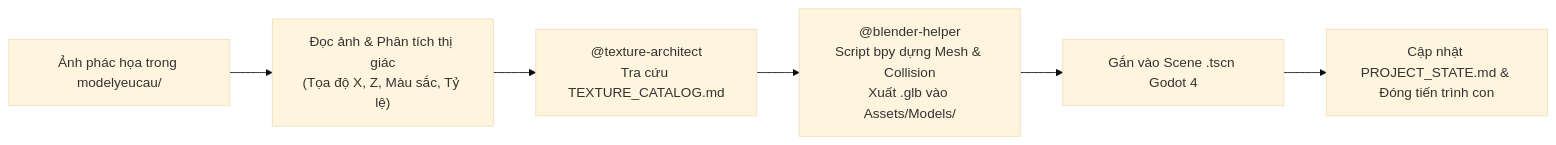
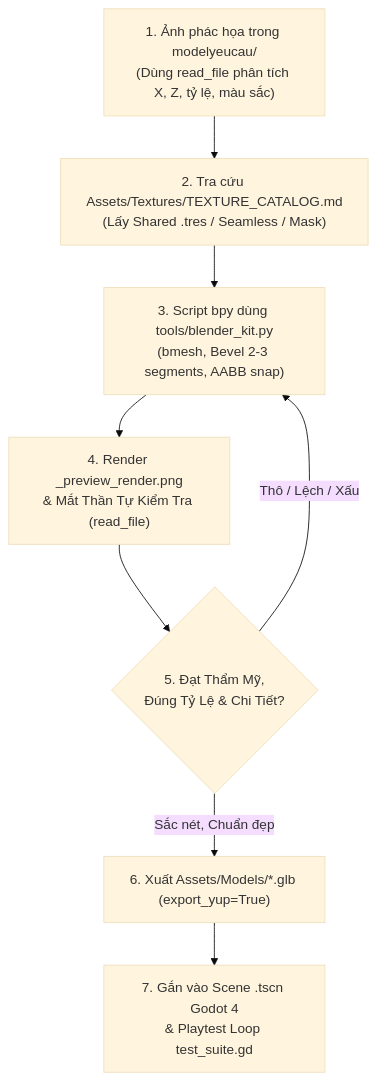
The third of 3 diagrams in GEMINI.md (namsoaica/gamexnhau), drawn with Mermaid (base theme) before and after one commit. The commit also changed other lines of this file and 11 other files, not shown here.

Commit message:
feat: upgrade blender-helper with procedural blender_kit, visual self-correction render loop and bevel modifiers

````diff
--- a/GEMINI.md
+++ b/GEMINI.md
@@ -47,8 +47,10 @@
 ```mermaid
-flowchart LR
-    UserSketch["Ảnh phác họa trong modelyeucau/"] --> Vision["Đọc ảnh & Phân tích thị giác<br>(Tọa độ X, Z, Màu sắc, Tỷ lệ)"]
-    Vision --> TexArch["@texture-architect<br>Tra cứu TEXTURE_CATALOG.md"]
-    TexArch --> BlenderScript["@blender-helper<br>Script bpy dựng Mesh & Collision<br>Xuất .glb vào Assets/Models/"]
-    BlenderScript --> GodotScene["Gắn vào Scene .tscn Godot 4"]
-    GodotScene --> Finish["Cập nhật PROJECT_STATE.md & Đóng tiến trình con"]
+flowchart TD
+    UserSketch["1. Ảnh phác họa trong modelyeucau/<br>(Dùng read_file phân tích X, Z, tỷ lệ, màu sắc)"] --> TexArch["2. Tra cứu Assets/Textures/TEXTURE_CATALOG.md<br>(Lấy Shared .tres / Seamless / Mask)"]
+    TexArch --> BlenderScript["3. Script bpy dùng tools/blender_kit.py<br>(bmesh, Bevel 2-3 segments, AABB snap)"]
+    BlenderScript --> EyeRender["4. Render _preview_render.png<br>& Mắt Thần Tự Kiểm Tra (read_file)"]
+    EyeRender --> Quality{"5. Đạt Thẩm Mỹ,<br>Đúng Tỷ Lệ & Chi Tiết?"}
+    Quality -- "Thô / Lệch / Xấu" --> BlenderScript
+    Quality -- "Sắc nét, Chuẩn đẹp" --> ExportGLB["6. Xuất Assets/Models/*.glb (export_yup=True)"]
+    ExportGLB --> GodotScene["7. Gắn vào Scene .tscn Godot 4<br>& Playtest Loop test_suite.gd"]
 ```
````
